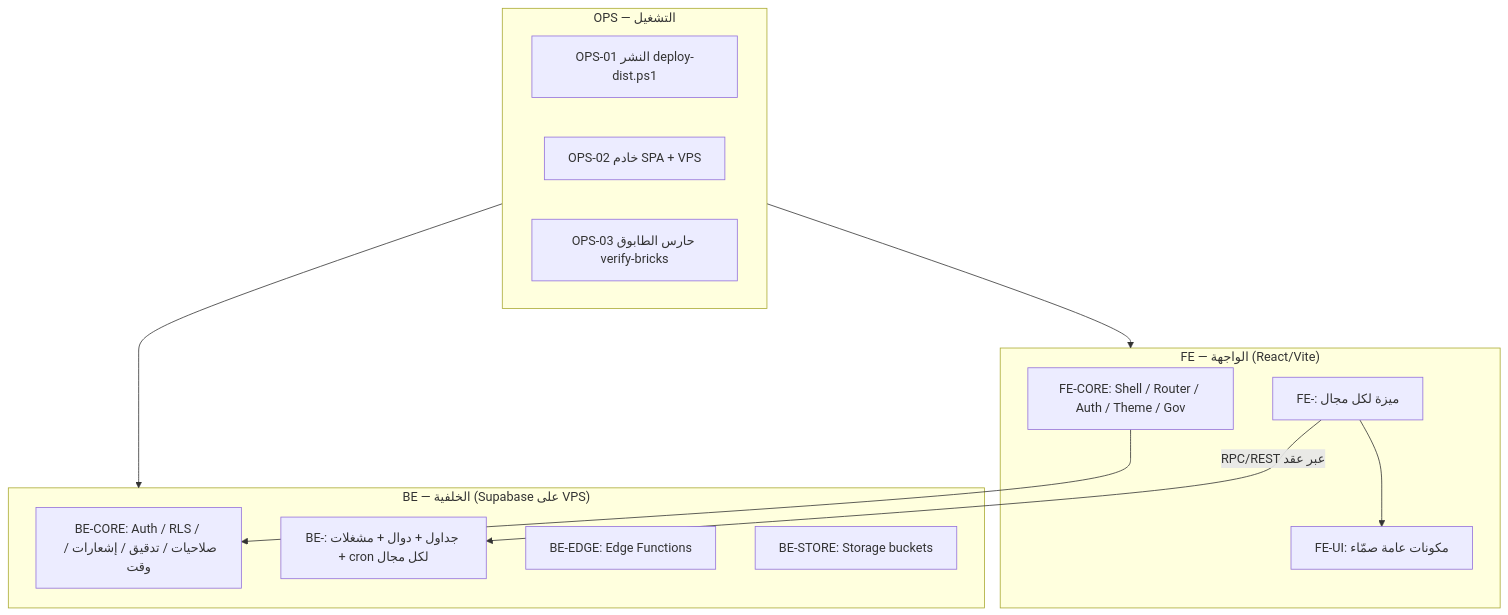
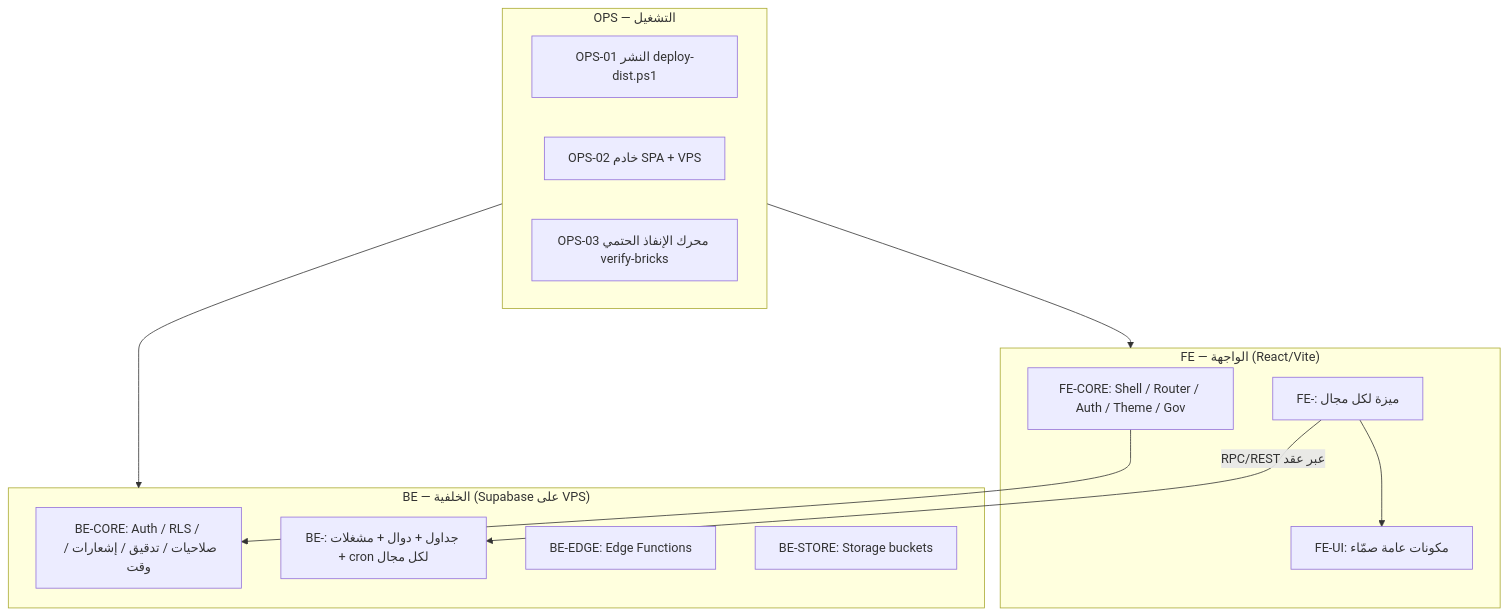
The diagram in bricks/ARCHITECTURE.md (muslim1972/InfTeleKarbala), drawn with Mermaid before and after one commit. The commit also changed other lines of this file and 18 other files, not shown here.

````diff
--- a/bricks/ARCHITECTURE.md
+++ b/bricks/ARCHITECTURE.md
@@ -8,24 +8,24 @@
 ```mermaid
 flowchart TD
   subgraph FE["FE — الواجهة (React/Vite)"]
     FE0["FE-CORE: Shell / Router / Auth / Theme / Gov"]
     FE1["FE-<DOMAIN>: ميزة لكل مجال"]
     FE2["FE-UI: مكونات عامة صمّاء"]
   end
   subgraph BE["BE — الخلفية (Supabase على VPS)"]
     BE0["BE-CORE: Auth / RLS / صلاحيات / تدقيق / إشعارات / وقت"]
     BE1["BE-<DOMAIN>: جداول + دوال + مشغلات + cron لكل مجال"]
     BE2["BE-EDGE: Edge Functions"]
     BE3["BE-STORE: Storage buckets"]
   end
   subgraph OPS["OPS — التشغيل"]
     O1["OPS-01 النشر deploy-dist.ps1"]
     O2["OPS-02 خادم SPA + VPS"]
-    O3["OPS-03 حارس الطابوق verify-bricks"]
+    O3["OPS-03 محرك الإنفاذ الحتمي verify-bricks"]
   end
   FE1 -->|"RPC/REST عبر عقد"| BE1
   FE0 --> BE0
   FE1 --> FE2
   OPS --> FE
   OPS --> BE
 ```
````
